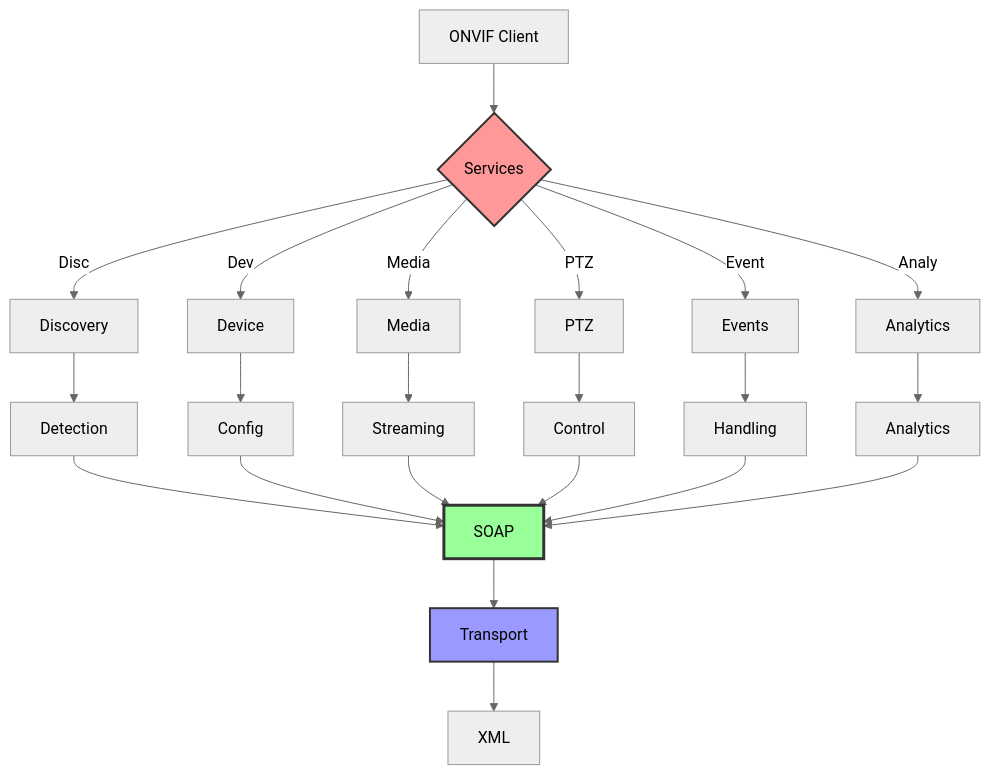
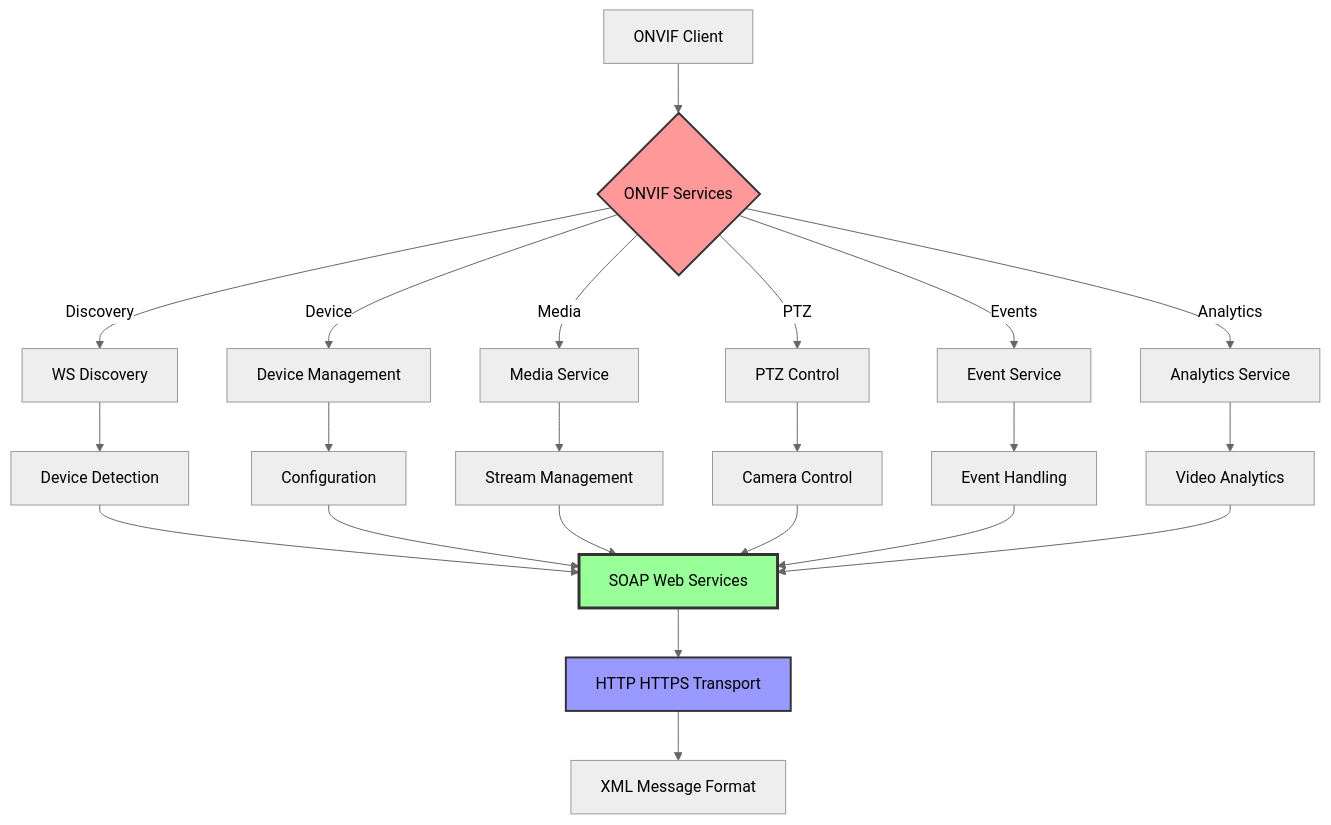
The diagram in docs/integration/onvif-protocol.md (JayeshKakkad-Rotoclear/Rotoclear-C-Pro-Docs), drawn with Mermaid (neutral theme) before and after one commit. The commit also changed 12 other files, not shown here.

Commit message:
Fix all Mermaid diagrams with proper complete labels - Fixed text bundling issues by using proper full labels - Removed overly abbreviated text that caused code formatting - All node labels now properly display without being truncated - Maintained readability while ensuring proper Mermaid parsing

````diff
--- a/docs/integration/onvif-protocol.md
+++ b/docs/integration/onvif-protocol.md
@@ -9,32 +9,32 @@
 ```mermaid
 graph TB
-    A[ONVIF Client] --> B{Services}
+    A[ONVIF Client] --> B{ONVIF Services}
     
-    B -->|Disc| C[Discovery]
-    B -->|Dev| D[Device]
-    B -->|Media| E[Media]
-    B -->|PTZ| F[PTZ]
-    B -->|Event| G[Events]
-    B -->|Analy| H[Analytics]
+    B -->|Discovery| C[WS Discovery]
+    B -->|Device| D[Device Management]
+    B -->|Media| E[Media Service]
+    B -->|PTZ| F[PTZ Control]
+    B -->|Events| G[Event Service]
+    B -->|Analytics| H[Analytics Service]
     
-    C --> I[Detection]
-    D --> J[Config]
-    E --> K[Streaming]
-    F --> L[Control]
-    G --> M[Handling]
-    H --> N[Analytics]
+    C --> I[Device Detection]
+    D --> J[Configuration]
+    E --> K[Stream Management]
+    F --> L[Camera Control]
+    G --> M[Event Handling]
+    H --> N[Video Analytics]
     
-    I --> O[SOAP]
+    I --> O[SOAP Web Services]
     J --> O
     K --> O
     L --> O
     M --> O
     N --> O
     
-    O --> P[Transport]
-    P --> Q[XML]
+    O --> P[HTTP HTTPS Transport]
+    P --> Q[XML Message Format]
     
     style B fill:#ff9999,stroke:#333,stroke-width:2px
     style O fill:#99ff99,stroke:#333,stroke-width:3px
     style P fill:#9999ff,stroke:#333,stroke-width:2px
 ```
````
